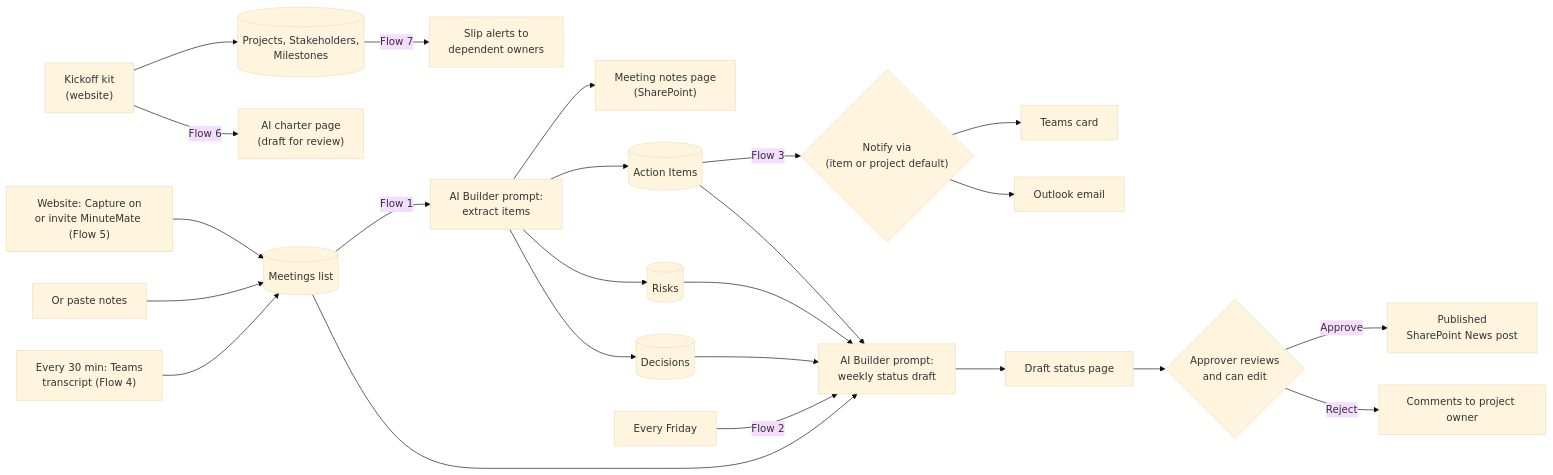
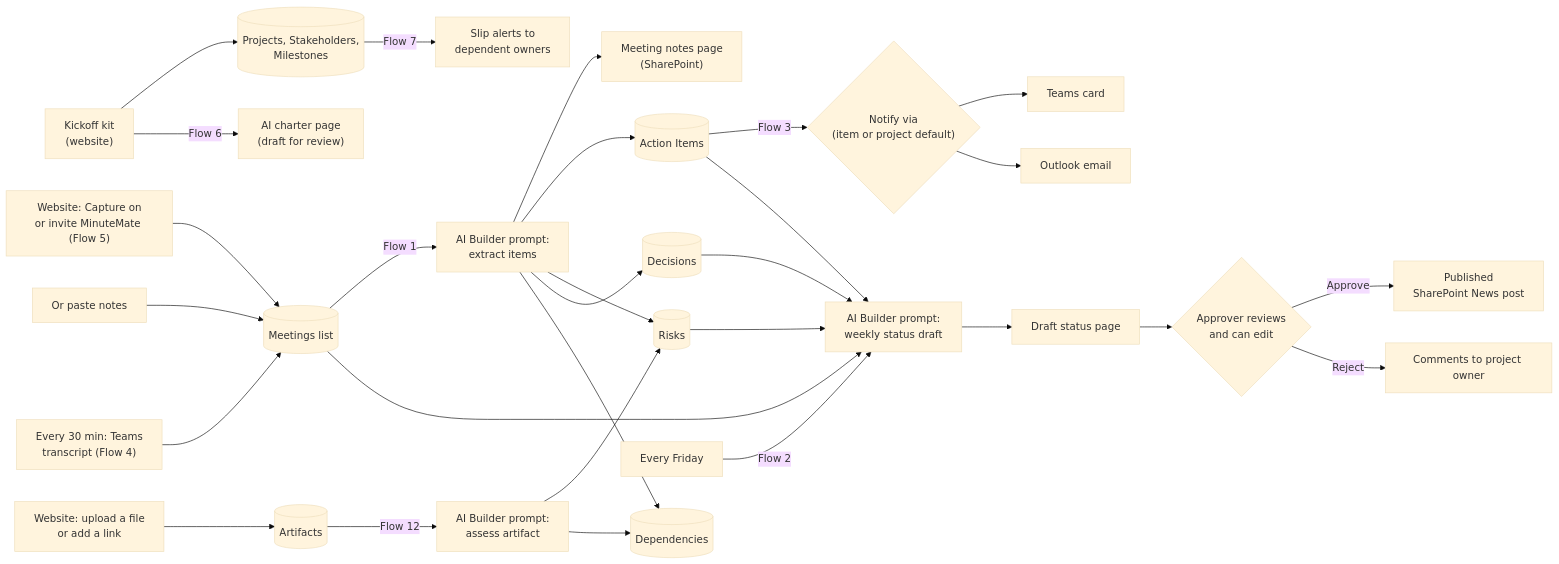
Before and after one commit to mayast/MinuteMate: the diagram in docs/architecture.md, drawn with Mermaid (base theme). The commit also changed other lines of this file and 18 other files, not shown here.

````diff
--- a/docs/architecture.md
+++ b/docs/architecture.md
@@ -6,26 +6,31 @@
 ```mermaid
 flowchart LR
     K["Kickoff kit<br/>(website)"] --> P[("Projects, Stakeholders,<br/>Milestones")]
     K -->|Flow 6| CH["AI charter page<br/>(draft for review)"]
     W["Website: Capture on<br/>or invite MinuteMate (Flow 5)"] --> M[("Meetings list")]
     PM["Or paste notes"] --> M
     TR["Every 30 min: Teams<br/>transcript (Flow 4)"] --> M
     P -->|Flow 7| SL["Slip alerts to<br/>dependent owners"]
     M -->|Flow 1| AI1["AI Builder prompt:<br/>extract items"]
     AI1 --> NP["Meeting notes page<br/>(SharePoint)"]
     AI1 --> A[("Action Items")]
     AI1 --> R[("Risks")]
     AI1 --> D[("Decisions")]
+    AI1 --> DEP[("Dependencies")]
+    AR["Website: upload a file<br/>or add a link"] --> ART[("Artifacts")]
+    ART -->|Flow 12| AI4["AI Builder prompt:<br/>assess artifact"]
+    AI4 --> R
+    AI4 --> DEP
     A -->|Flow 3| N{"Notify via<br/>(item or project default)"}
     N --> T["Teams card"]
     N --> O["Outlook email"]
     S["Every Friday"] -->|Flow 2| AI2["AI Builder prompt:<br/>weekly status draft"]
     M --> AI2
     A --> AI2
     R --> AI2
     D --> AI2
     AI2 --> DP["Draft status page"]
     DP --> AP{"Approver reviews<br/>and can edit"}
     AP -->|Approve| NEWS["Published<br/>SharePoint News post"]
     AP -->|Reject| BACK["Comments to project owner"]
 ```
````
